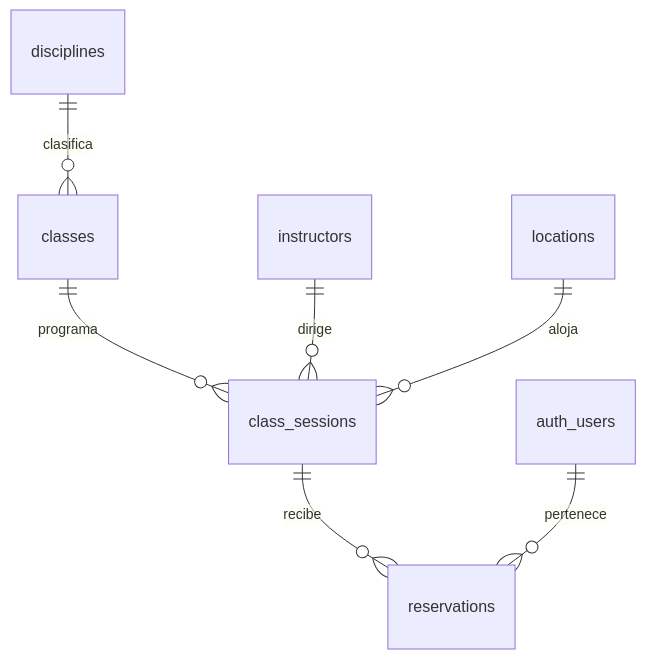
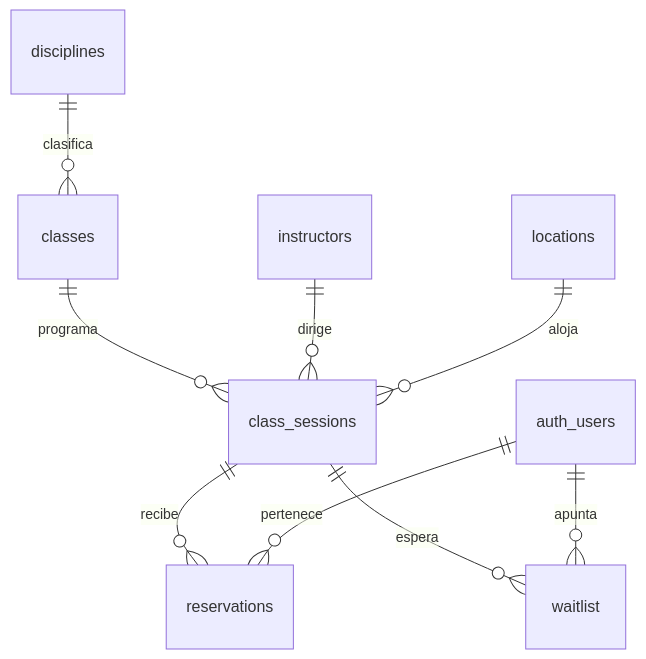
One commit to ariancerna/Titan-Gym changed the first of 3 diagrams in docs/ARQUITECTURA.md. Above: the diagram before and after it, drawn with Mermaid. The commit also changed other lines of this file and 12 other files, not shown here.

````diff
--- a/docs/ARQUITECTURA.md
+++ b/docs/ARQUITECTURA.md
@@ -21,9 +21,11 @@
 ```mermaid
 erDiagram
   disciplines ||--o{ classes : clasifica
   classes ||--o{ class_sessions : programa
   instructors ||--o{ class_sessions : dirige
   locations ||--o{ class_sessions : aloja
   class_sessions ||--o{ reservations : recibe
   auth_users ||--o{ reservations : pertenece
+  class_sessions ||--o{ waitlist : espera
+  auth_users ||--o{ waitlist : apunta
 ```
````
